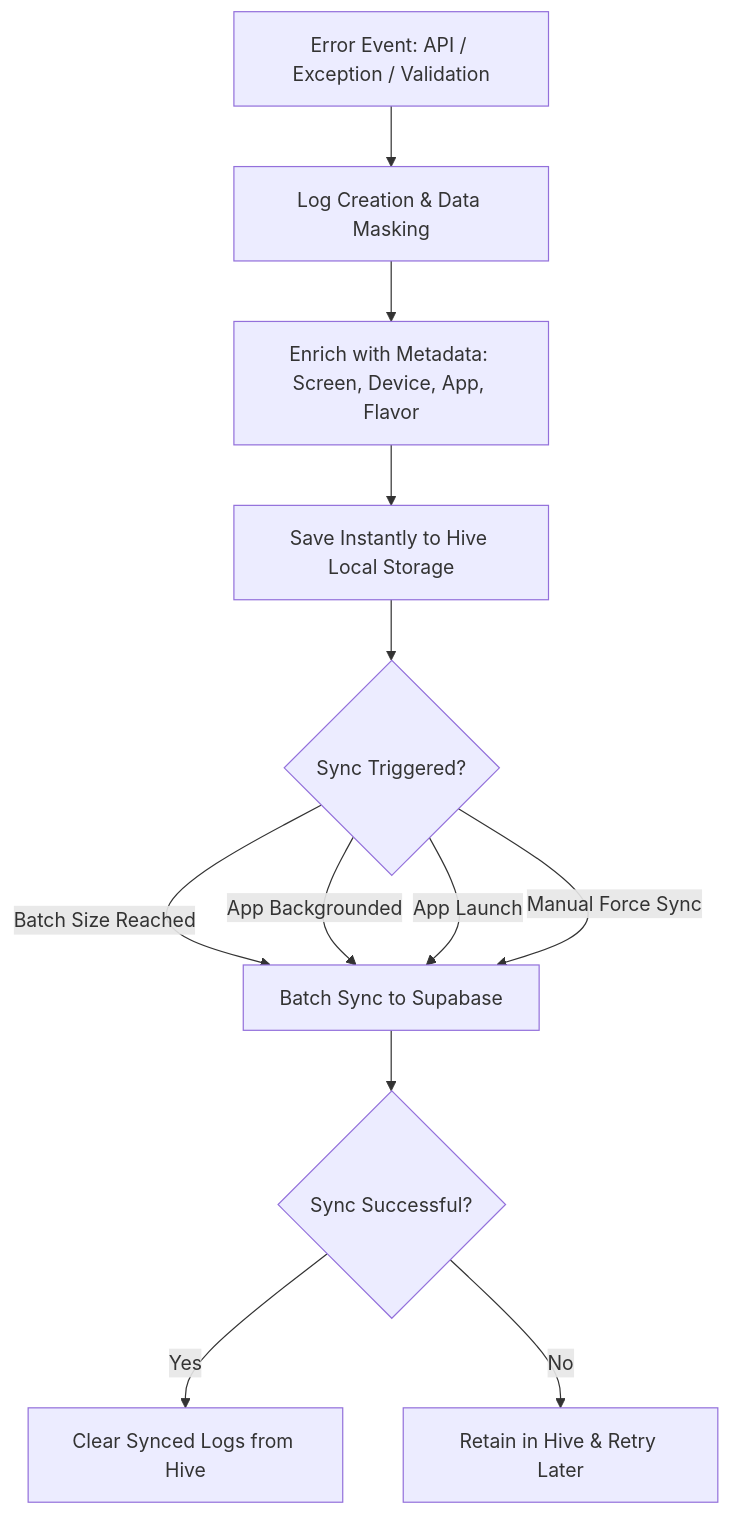
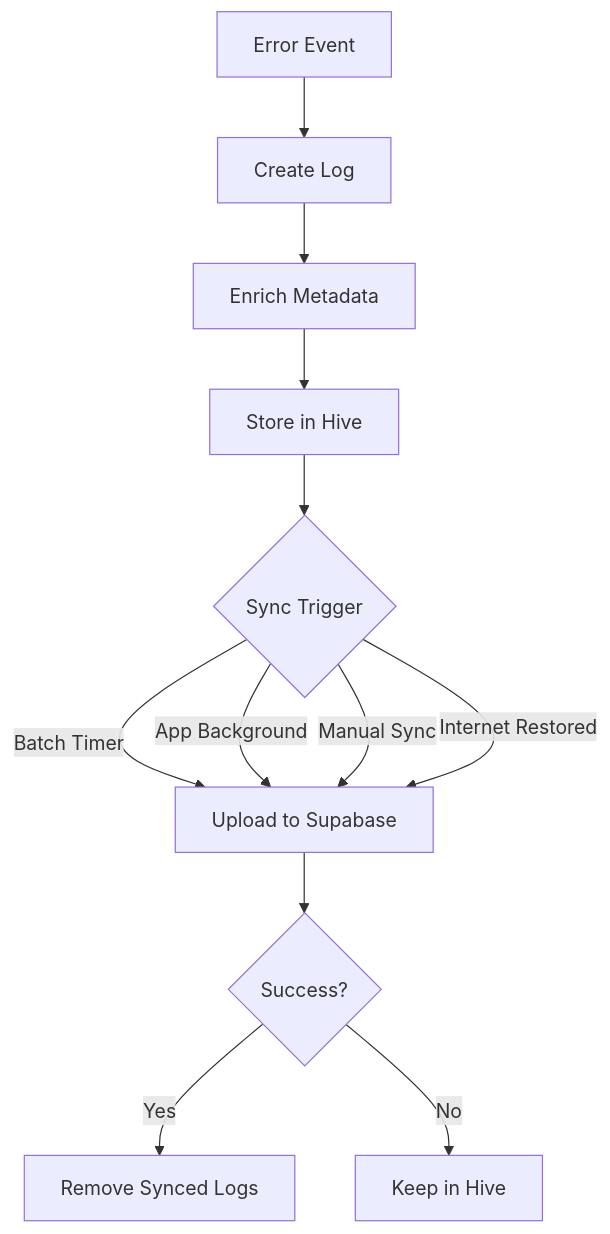
The diagram in README.md (hrshere/supabase_network_logger), drawn with Mermaid before and after one commit. The commit also changed other lines of this file and 3 other files, not shown here.

Commit message:
syncing with standard glob global-api-logs

````diff
--- a/README.md
+++ b/README.md
@@ -25,16 +37,17 @@
 ```mermaid
 graph TD
-    A[Error Event: API / Exception / Validation] --> B[Log Creation & Data Masking]
-    B --> C[Enrich with Metadata: Screen, Device, App, Flavor]
-    C --> D[Save Instantly to Hive Local Storage]
-    D --> E{Sync Triggered?}
-    
-    E -- Batch Size Reached --> F[Batch Sync to Supabase]
-    E -- App Backgrounded --> F
-    E -- App Launch --> F
-    E -- Manual Force Sync --> F
+    A[Error Event] --> B[Create Log]
+    B --> C[Enrich Metadata]
+    C --> D[Store in Hive]
+    D --> E{Sync Trigger}
 
-    F --> G{Sync Successful?}
-    G -- Yes --> H[Clear Synced Logs from Hive]
-    G -- No --> I[Retain in Hive & Retry Later]
+    E -->|Batch Timer| F[Upload to Supabase]
+    E -->|App Background| F
+    E -->|Manual Sync| F
+    E -->|Internet Restored| F
+
+    F --> G{Success?}
+
+    G -->|Yes| H[Remove Synced Logs]
+    G -->|No| I[Keep in Hive]
 ```
````
